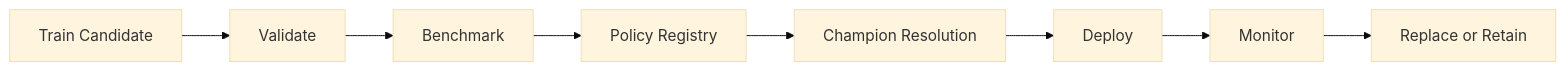
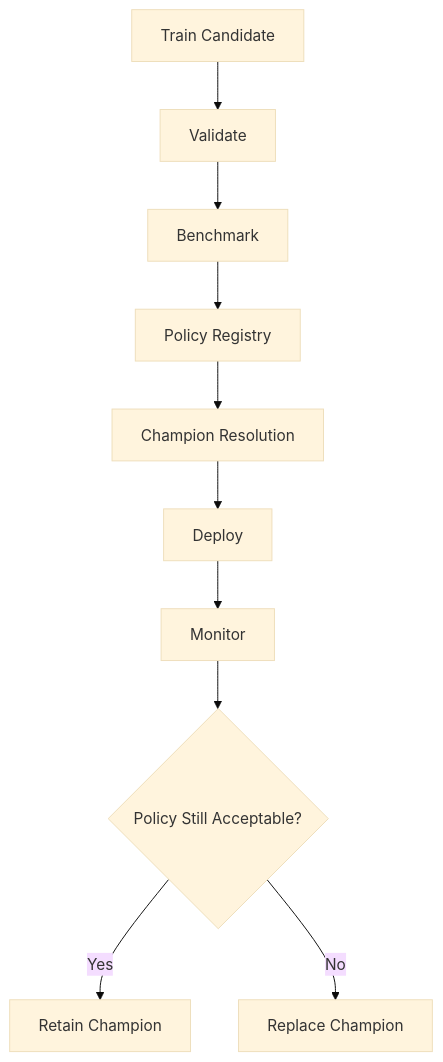
The third of 4 diagrams in README.md (xavi092000/stockout-decision-intelligence), drawn with Mermaid (base theme) before and after one commit. The commit also changed other lines of this file, not shown here.

````diff
--- a/README.md
+++ b/README.md
@@ -354,10 +376,12 @@
 ```mermaid
-flowchart LR
+flowchart TD
     A[Train Candidate] --> B[Validate]
     B --> C[Benchmark]
     C --> D[Policy Registry]
     D --> E[Champion Resolution]
     E --> F[Deploy]
     F --> G[Monitor]
-    G --> H[Replace or Retain]
+    G --> H{Policy Still Acceptable?}
+    H -->|Yes| I[Retain Champion]
+    H -->|No| J[Replace Champion]
 ```
````
